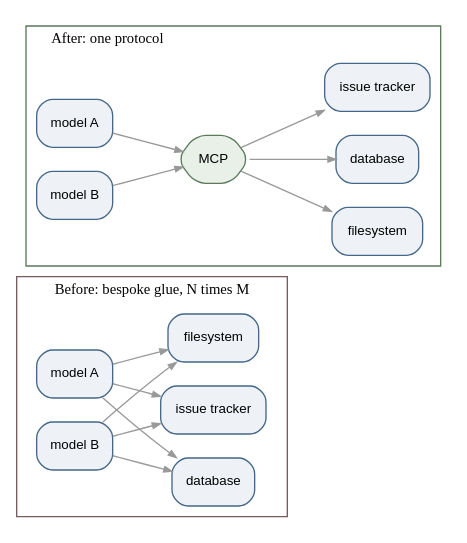
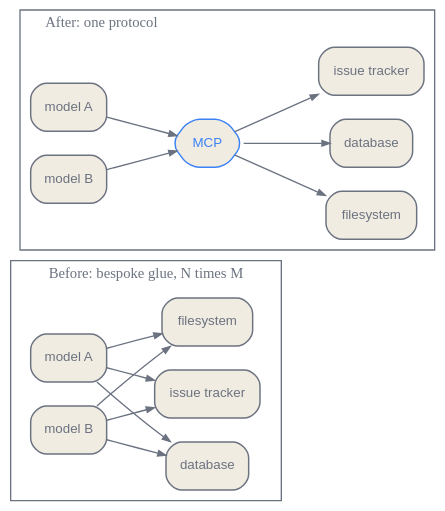
The second of 3 diagrams in en/p5-orchestration/26-context-engineering.qmd (latere-ai/ai-as-an-infrastructure), drawn with Graphviz before and after one commit. The commit also changed other lines of this file and 186 other files, not shown here.

First line of the commit message:
book: visual audit pass on all diagrams and figures

````diff
--- a/en/p5-orchestration/26-context-engineering.qmd
+++ b/en/p5-orchestration/26-context-engineering.qmd
@@ -190,26 +191,27 @@
 ```{dot}
 //| label: fig-ce-mcp
 //| fig-cap: "From an N-times-M integration mesh to a single protocol. MCP replaces bespoke per-pair glue with one standard each side speaks once, after Anthropic (2024)."
 digraph mcp {
   rankdir=LR;
-  node [shape=box, style="rounded,filled", fontsize=10, fontname="Helvetica", fillcolor="#eef2f7", color="#456789"];
-  edge [color="#999999", arrowsize=0.6];
+  bgcolor="transparent";
+  node [shape=box, style="rounded,filled", fontsize=10, fontname="Helvetica", fillcolor="#f1ece1", color="#6b7280", fontcolor="#6b7280", penwidth=1.1];
+  edge [color="#6b7280", fontcolor="#6b7280", arrowsize=0.6];
 
   subgraph cluster_before {
-    label="Before: bespoke glue, N times M"; labeljust=l; color="#7a5a5a"; fontsize=11;
+    label="Before: bespoke glue, N times M"; labeljust=l; color="#6b7280"; fontcolor="#6b7280"; fontsize=11;
     mA [label="model A"]; mB [label="model B"];
     sA [label="filesystem"]; sB [label="database"]; sC [label="issue tracker"];
     mA -> sA; mA -> sB; mA -> sC;
     mB -> sA; mB -> sB; mB -> sC;
   }
 
   subgraph cluster_after {
-    label="After: one protocol"; labeljust=l; color="#5a7a5a"; fontsize=11;
+    label="After: one protocol"; labeljust=l; color="#6b7280"; fontcolor="#6b7280"; fontsize=11;
     m2A [label="model A"]; m2B [label="model B"];
-    hub [label="MCP", shape=hexagon, fillcolor="#e8f0e8", color="#5a7a5a"];
+    hub [label="MCP", shape=hexagon, color="#3b82f6", fontcolor="#3b82f6"];
     s2A [label="filesystem"]; s2B [label="database"]; s2C [label="issue tracker"];
     m2A -> hub; m2B -> hub;
     hub -> s2A; hub -> s2B; hub -> s2C;
   }
 }
 ```
````
